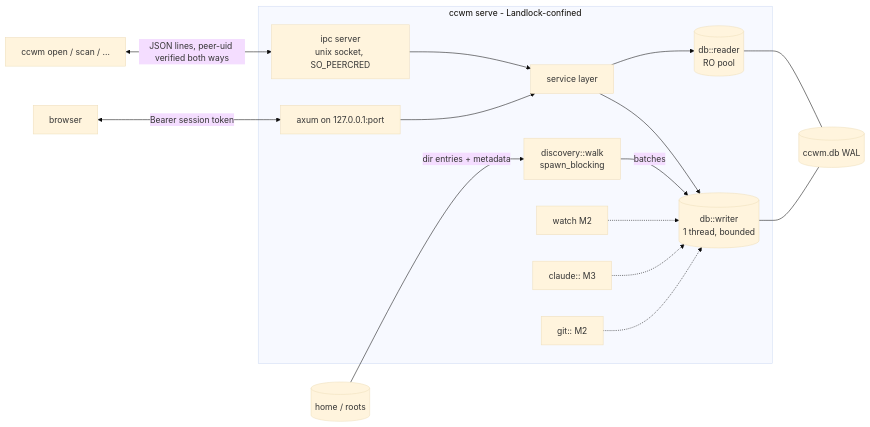
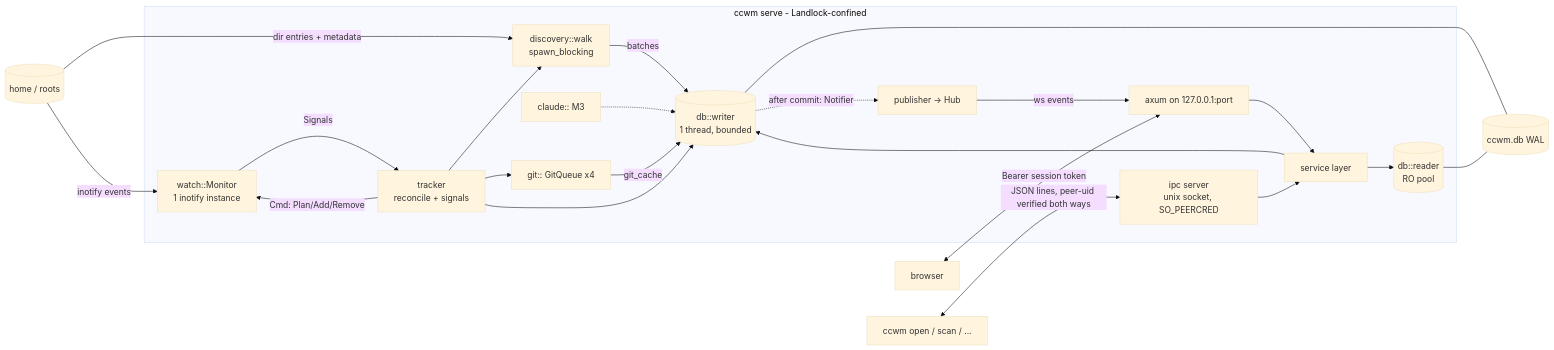
One commit to aman-2709/cc-workspace-manager changed the diagram in ARCHITECTURE.md. Above: the diagram before and after it, drawn with Mermaid (base theme). The commit also changed other lines of this file and 52 other files, not shown here.

````diff
--- a/ARCHITECTURE.md
+++ b/ARCHITECTURE.md
@@ -71,27 +82,36 @@
 ```mermaid
 flowchart LR
   subgraph Daemon[ccwm serve - Landlock-confined]
     SCAN[discovery::walk<br/>spawn_blocking]
     SVC[service layer]
     W[(db::writer<br/>1 thread, bounded)]
     R[(db::reader<br/>RO pool)]
     HTTP[axum on 127.0.0.1:port]
     IPC[ipc server<br/>unix socket, SO_PEERCRED]
-    WATCH[watch M2]
+    WATCH[watch::Monitor<br/>1 inotify instance]
+    TRK[tracker<br/>reconcile + signals]
+    PUB[publisher -> Hub]
     SESS[claude:: M3]
-    GIT[git:: M2]
+    GIT[git:: GitQueue x4]
   end
   FS[(home / roots)] -->|dir entries + metadata| SCAN
   SCAN -->|batches| W
   W --- DB[(ccwm.db WAL)]
   R --- DB
   HTTP --> SVC
   IPC --> SVC
   SVC --> W
   SVC --> R
   BROWSER[browser] <-->|Bearer session token| HTTP
   CLI[ccwm open / scan / ...] <-->|JSON lines, peer-uid verified both ways| IPC
-  WATCH -.-> W
+  FS -->|inotify events| WATCH
+  WATCH -->|Signals| TRK
+  TRK -->|Cmd: Plan/Add/Remove| WATCH
+  TRK --> SCAN
+  TRK --> GIT
+  GIT -->|git_cache| W
+  TRK --> W
+  W -.->|after commit: Notifier| PUB
+  PUB -->|ws events| HTTP
   SESS -.-> W
-  GIT -.-> W
 ```
````
